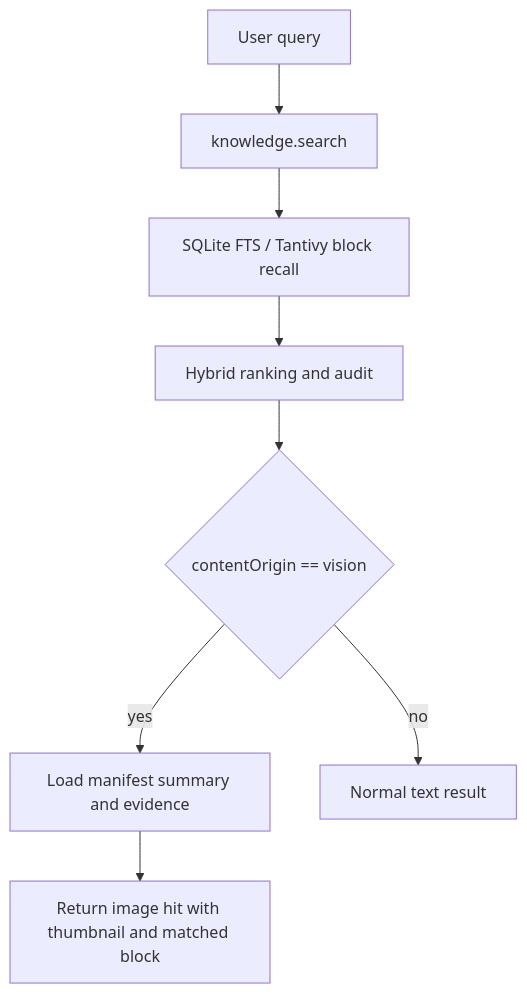
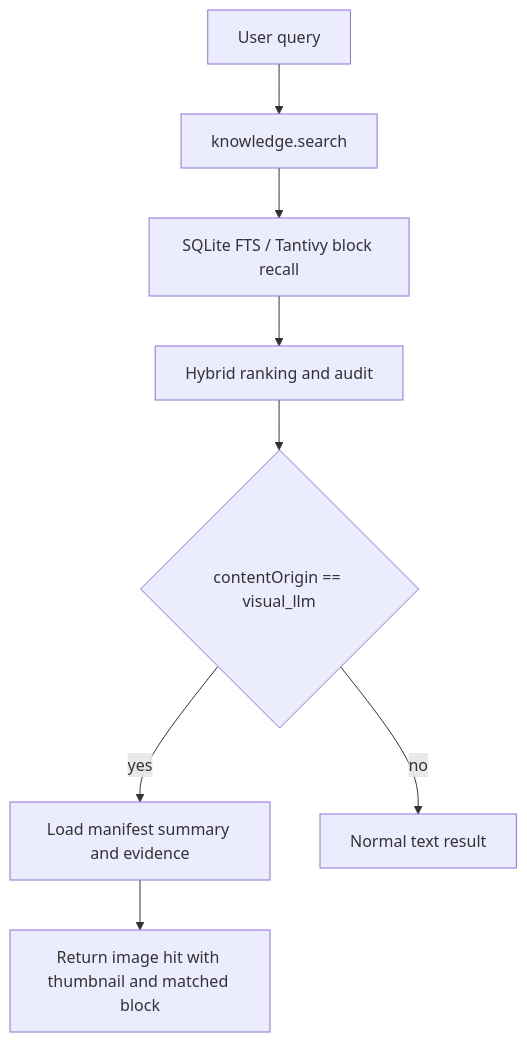
One commit to Jamailar/Beav changed the second of 2 diagrams in desktop/docs/image-semantic-retrieval-architecture-plan.md. Above: the diagram before and after it, drawn with Mermaid. The commit also changed other lines of this file and 23 other files, not shown here.

````diff
--- a/desktop/docs/image-semantic-retrieval-architecture-plan.md
+++ b/desktop/docs/image-semantic-retrieval-architecture-plan.md
@@ -729,10 +736,10 @@
 ```mermaid
 flowchart TD
   A["User query"] --> B["knowledge.search"]
   B --> C["SQLite FTS / Tantivy block recall"]
   C --> D["Hybrid ranking and audit"]
-  D --> E{"contentOrigin == vision"}
+  D --> E{"contentOrigin == visual_llm"}
   E -->|yes| F["Load manifest summary and evidence"]
   E -->|no| G["Normal text result"]
   F --> H["Return image hit with thumbnail and matched block"]
 ```
````
